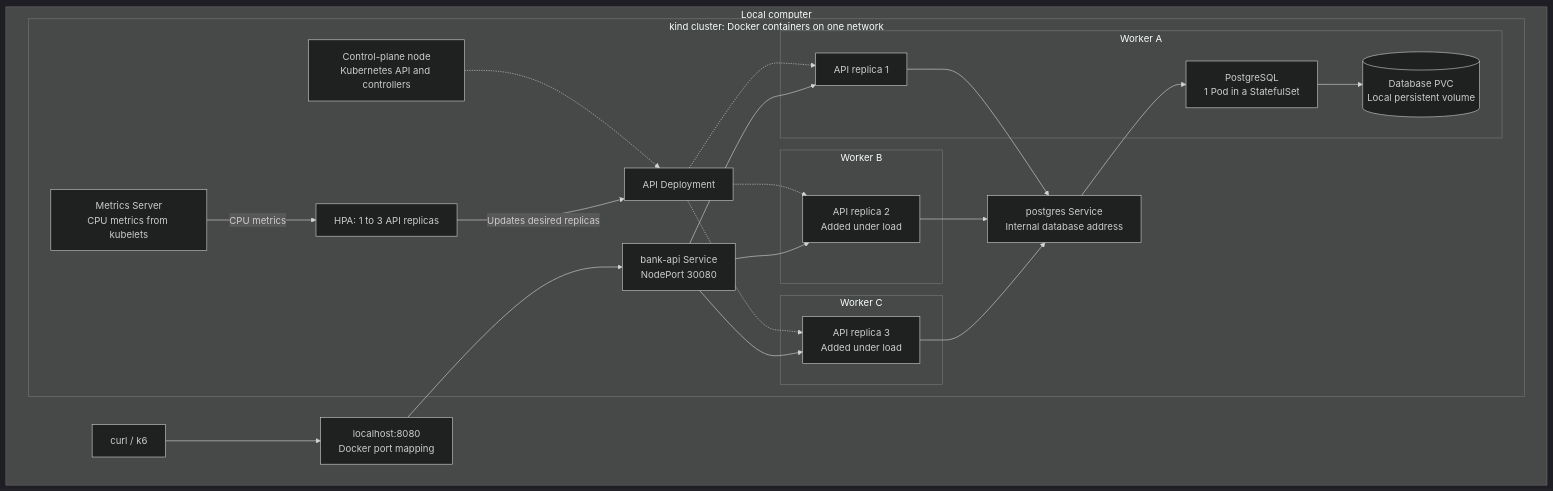
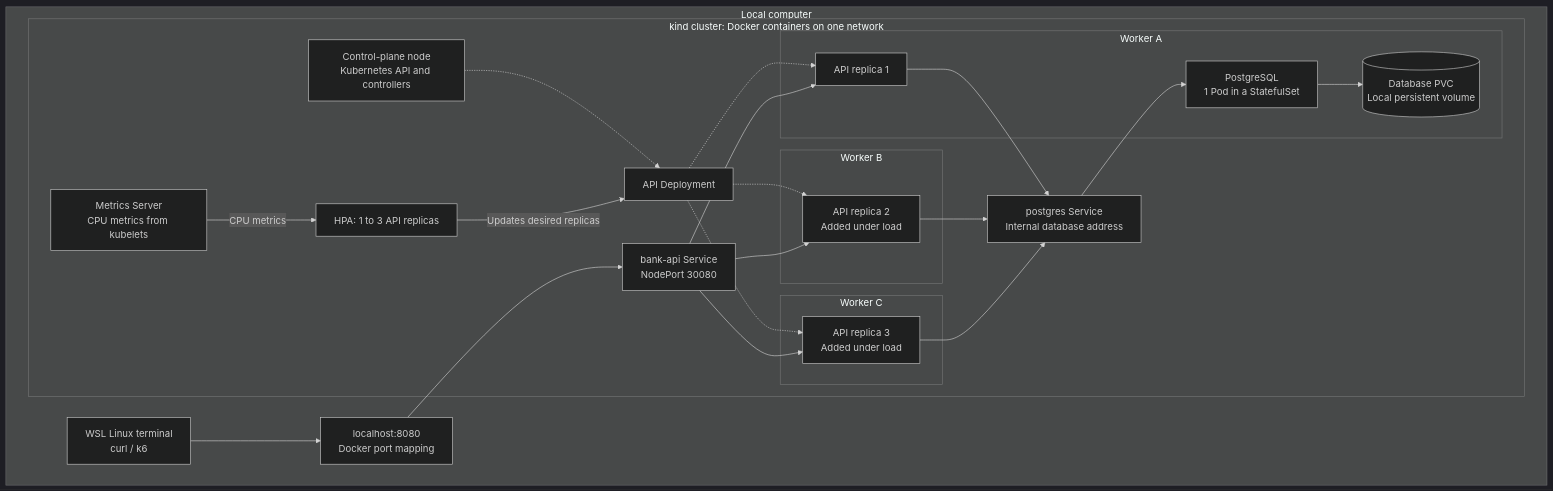
The diagram in ARCHITECTURE.md (Adamko5/k8s_practice_rest), drawn with Mermaid (dark theme) before and after one commit. The commit also changed 8 other files, not shown here.

````diff
--- a/ARCHITECTURE.md
+++ b/ARCHITECTURE.md
@@ -1,48 +1,48 @@
 ```mermaid
 flowchart TB
     subgraph HOST["Local computer"]
-        CLIENT["curl / k6"]
+        CLIENT["WSL Linux terminal<br/>curl / k6"]
         PORT["localhost:8080<br/>Docker port mapping"]
 
         subgraph CLUSTER["kind cluster: Docker containers on one network"]
             CONTROL["Control-plane node<br/>Kubernetes API and controllers"]
             DEPLOY["API Deployment"]
             HPA["HPA: 1 to 3 API replicas"]
             METRICS["Metrics Server<br/>CPU metrics from kubelets"]
             SERVICE["bank-api Service<br/>NodePort 30080"]
             DBSERVICE["postgres Service<br/>Internal database address"]
 
             subgraph A["Worker A"]
                 API1["API replica 1"]
                 DB["PostgreSQL<br/>1 Pod in a StatefulSet"]
                 DATA[("Database PVC<br/>Local persistent volume")]
             end
 
             subgraph B["Worker B"]
                 API2["API replica 2<br/>Added under load"]
             end
 
             subgraph C["Worker C"]
                 API3["API replica 3<br/>Added under load"]
             end
 
             CONTROL -.-> DEPLOY
             METRICS -->|CPU metrics| HPA
             HPA -->|Updates desired replicas| DEPLOY
             DEPLOY -.-> API1
             DEPLOY -.-> API2
             DEPLOY -.-> API3
             SERVICE --> API1
             SERVICE --> API2
             SERVICE --> API3
             API1 --> DBSERVICE
             API2 --> DBSERVICE
             API3 --> DBSERVICE
             DBSERVICE --> DB
             DB --> DATA
         end
 
         CLIENT --> PORT
         PORT --> SERVICE
     end
 ```
````
